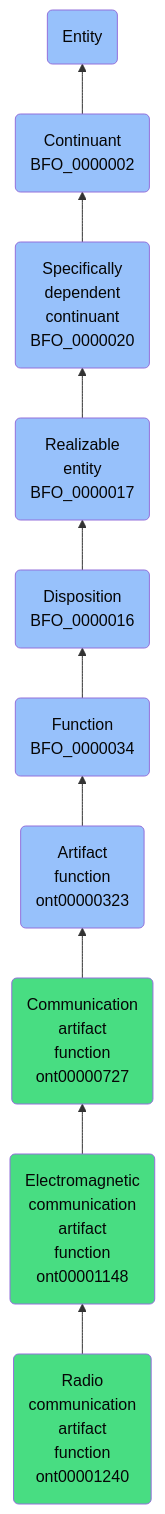
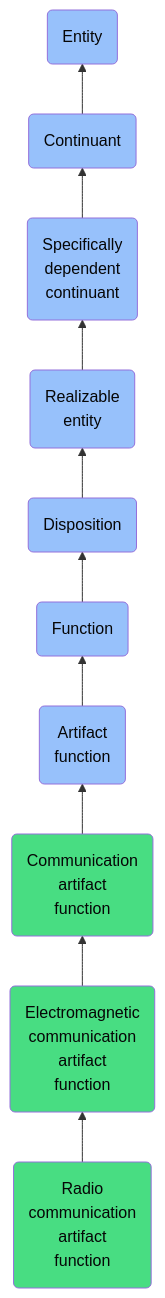
The diagram in docs/ontology/reference/model/Entity/Continuant/Specifically dependent continuant/Realizable entity/Disposition/Function/Artifact function/Communication artifact function/Electromagnetic communication artifact function/Radio communication artifact function/Radio communication artifact function.md (jupyter-naas/abi), drawn with Mermaid before and after one commit. The commit also changed other lines of this file and 1430 other files, not shown here.

````diff
--- a/docs/ontology/reference/model/Entity/Continuant/Specifically dependent continuant/Realizable entity/Disposition/Function/Artifact function/Communication artifact function/Electromagnetic communication artifact function/Radio communication artifact function/Radio communication artifact function.md
+++ b/docs/ontology/reference/model/Entity/Continuant/Specifically dependent continuant/Realizable entity/Disposition/Function/Artifact function/Communication artifact function/Electromagnetic communication artifact function/Radio communication artifact function/Radio communication artifact function.md
@@ -24,17 +24,17 @@
 ```mermaid
 graph BT
-    ont00001240(Radio<br>communication<br>artifact<br>function<br>ont00001240):::ABI-->ont00001148
-    ont00001148(Electromagnetic<br>communication<br>artifact<br>function<br>ont00001148):::ABI-->ont00000727
-    ont00000727(Communication<br>artifact<br>function<br>ont00000727):::ABI-->ont00000323
-    ont00000323(Artifact<br>function<br>ont00000323):::BFO-->BFO_0000034
-    BFO_0000034(Function<br>BFO_0000034):::BFO-->BFO_0000016
-    BFO_0000016(Disposition<br>BFO_0000016):::BFO-->BFO_0000017
-    BFO_0000017(Realizable<br>entity<br>BFO_0000017):::BFO-->BFO_0000020
-    BFO_0000020(Specifically<br>dependent<br>continuant<br>BFO_0000020):::BFO-->BFO_0000002
-    BFO_0000002(Continuant<br>BFO_0000002):::BFO-->BFO_0000001
+    ont00001240(Radio<br>communication<br>artifact<br>function):::ABI-->ont00001148
+    ont00001148(Electromagnetic<br>communication<br>artifact<br>function):::ABI-->ont00000727
+    ont00000727(Communication<br>artifact<br>function):::ABI-->ont00000323
+    ont00000323(Artifact<br>function):::BFO-->BFO_0000034
+    BFO_0000034(Function):::BFO-->BFO_0000016
+    BFO_0000016(Disposition):::BFO-->BFO_0000017
+    BFO_0000017(Realizable<br>entity):::BFO-->BFO_0000020
+    BFO_0000020(Specifically<br>dependent<br>continuant):::BFO-->BFO_0000002
+    BFO_0000002(Continuant):::BFO-->BFO_0000001
     BFO_0000001(Entity):::BFO
     
     classDef BFO fill:#97c1fb,color:#060606
     classDef CCO fill:#e4c51e,color:#060606
     classDef ABI fill:#48DD82,color:#060606
 ```
````
